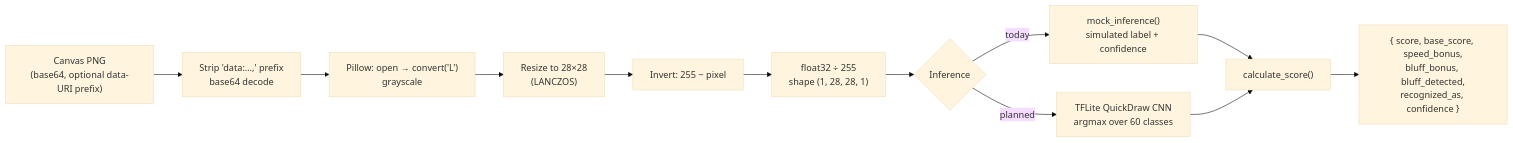
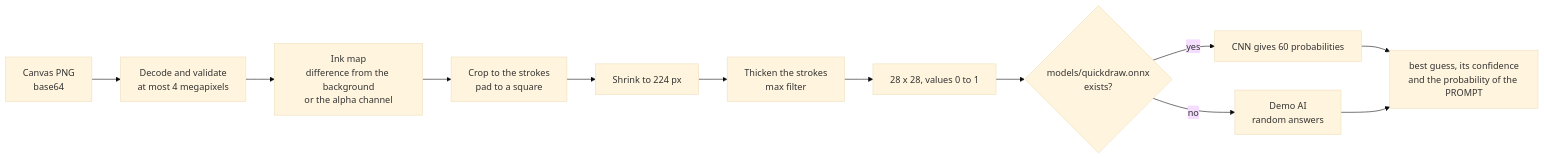
The seventh of 8 diagrams in README.md (MuaazTasawar/sketchduel), drawn with Mermaid (base theme) before and after one commit. The commit also changed other lines of this file, not shown here.

Commit message:
docs: README for the hardened SketchDuel (architecture, API, scoring, AI model, testing, limitations)

````diff
--- a/README.md
+++ b/README.md
@@ -489,14 +265,14 @@
 ```mermaid
 flowchart LR
-    A["Canvas PNG<br/>(base64, optional data-URI prefix)"] --> B["Strip 'data:…,' prefix<br/>base64 decode"]
-    B --> C["Pillow: open → convert('L')<br/>grayscale"]
-    C --> D["Resize to 28×28<br/>(LANCZOS)"]
-    D --> E["Invert: 255 − pixel"]
-    E --> F["float32 ÷ 255<br/>shape (1, 28, 28, 1)"]
-    F --> G{"Inference"}
-    G -- "today" --> H["mock_inference()<br/>simulated label + confidence"]
-    G -- "planned" --> I["TFLite QuickDraw CNN<br/>argmax over 60 classes"]
-    H --> J["calculate_score()"]
-    I --> J
-    J --> K["{ score, base_score, speed_bonus,<br/>bluff_bonus, bluff_detected,<br/>recognized_as, confidence }"]
+    A["Canvas PNG<br/>base64"] --> B["Decode and validate<br/>at most 4 megapixels"]
+    B --> C["Ink map<br/>difference from the background<br/>or the alpha channel"]
+    C --> D["Crop to the strokes<br/>pad to a square"]
+    D --> E["Shrink to 224 px"]
+    E --> F["Thicken the strokes<br/>max filter"]
+    F --> G["28 x 28, values 0 to 1"]
+    G --> H{"models/quickdraw.onnx<br/>exists?"}
+    H -- yes --> I["CNN gives 60 probabilities"]
+    H -- no --> J["Demo AI<br/>random answers"]
+    I --> K["best guess, its confidence<br/>and the probability of the PROMPT"]
+    J --> K
 ```
````
